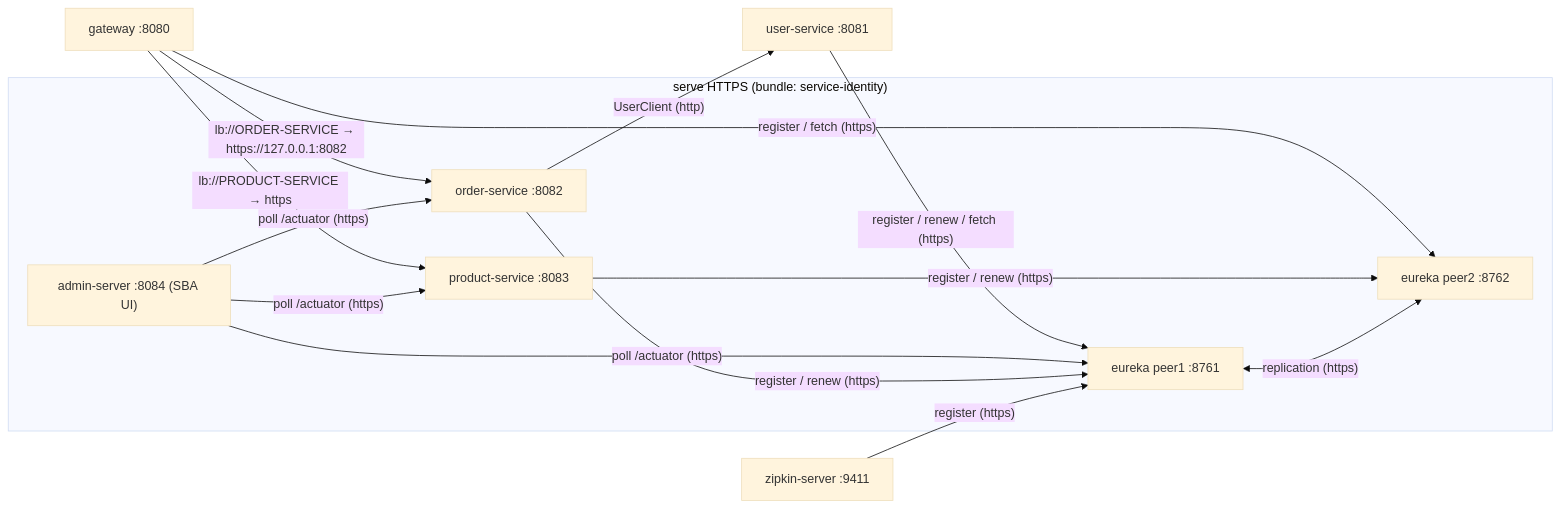
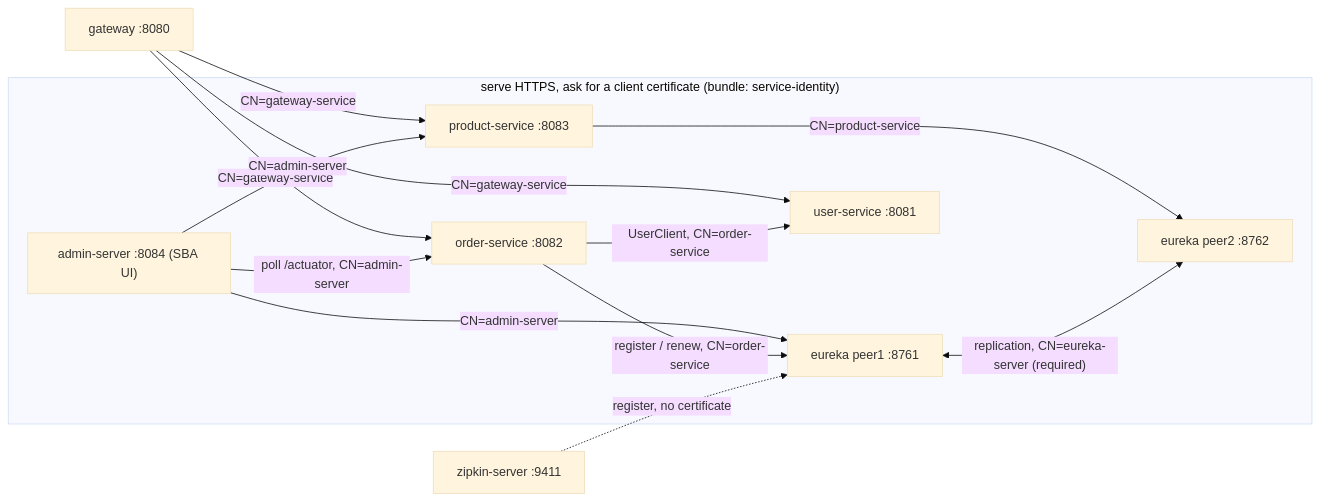
Before and after one commit to himnay/learning-spring-cloud: the fourth of 5 diagrams in README.md, drawn with Mermaid (base theme). The commit also changed other lines of this file and 60 other files, not shown here.

First line of the commit message:
feat: mutual TLS between services with per-service identities

````diff
--- a/README.md
+++ b/README.md
@@ -479,22 +486,22 @@
 ```mermaid
 flowchart LR
-    subgraph TLS["serve HTTPS (bundle: service-identity)"]
+    subgraph TLS["serve HTTPS, ask for a client certificate (bundle: service-identity)"]
         E1["eureka peer1 :8761"]
         E2["eureka peer2 :8762"]
+        US["user-service :8081"]
         O["order-service :8082"]
         P["product-service :8083"]
         A["admin-server :8084 (SBA UI)"]
     end
-    U["user-service :8081"] -- "register / renew / fetch (https)" --> E1
-    G["gateway :8080"] -- "register / fetch (https)" --> E2
-    G -- "lb://ORDER-SERVICE → https://127.0.0.1:8082" --> O
-    G -- "lb://PRODUCT-SERVICE → https" --> P
-    A -- "poll /actuator (https)" --> O
-    A -- "poll /actuator (https)" --> P
-    A -- "poll /actuator (https)" --> E1
-    O -- "register / renew (https)" --> E1
-    P -- "register / renew (https)" --> E2
-    E1 <-- "replication (https)" --> E2
-    Z["zipkin-server :9411"] -- "register (https)" --> E1
-    O -- "UserClient (http)" --> U
+    G["gateway :8080"] -- "CN=gateway-service" --> US
+    G -- "CN=gateway-service" --> O
+    G -- "CN=gateway-service" --> P
+    O -- "UserClient, CN=order-service" --> US
+    A -- "poll /actuator, CN=admin-server" --> O
+    A -- "CN=admin-server" --> P
+    A -- "CN=admin-server" --> E1
+    O -- "register / renew, CN=order-service" --> E1
+    P -- "CN=product-service" --> E2
+    E1 <-- "replication, CN=eureka-server (required)" --> E2
+    Z["zipkin-server :9411"] -. "register, no certificate" .-> E1
 ```
````
